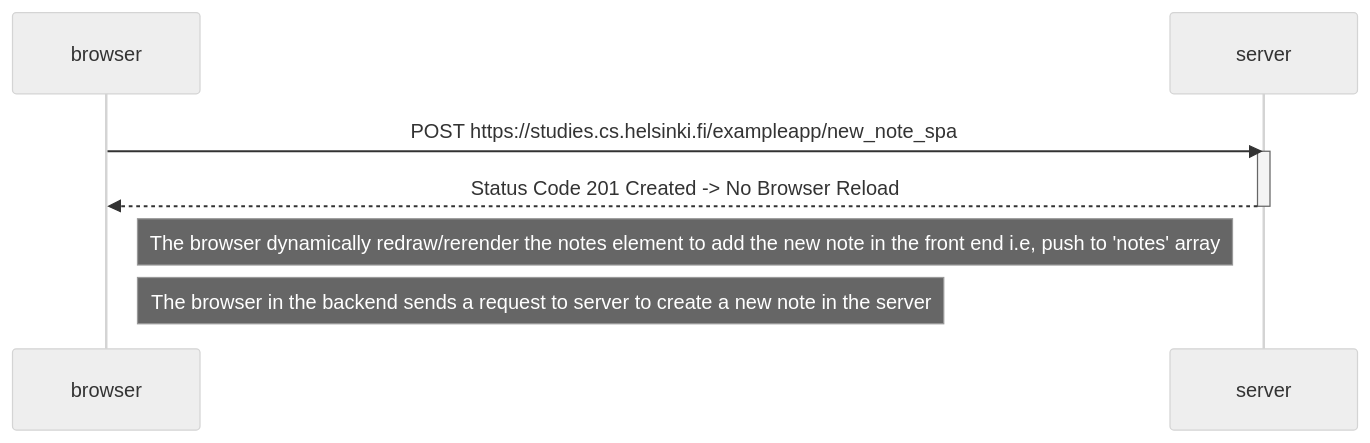
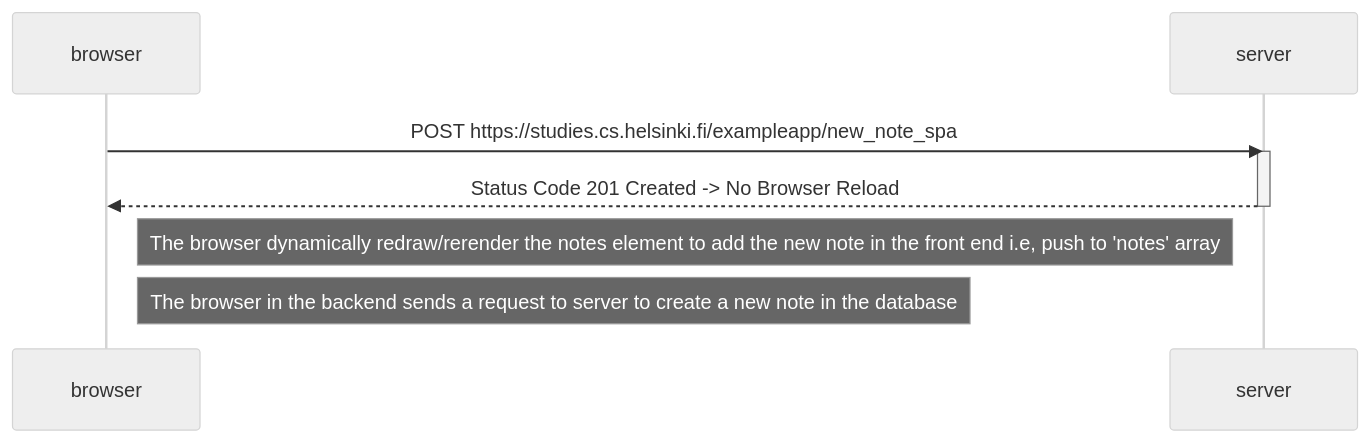
The diagram in 0.6: New note in Single page app diagram.md (gyanasaireddy/part-0), drawn with Mermaid (neutral theme) before and after one commit.

Commit message:
Update 0.6: New note in Single page app diagram.md

````diff
--- a/0.6: New note in Single page app diagram.md
+++ b/0.6: New note in Single page app diagram.md
@@ -1,15 +1,15 @@
 ```mermaid
 sequenceDiagram
     participant browser
     participant server
 
     browser->>server: POST https://studies.cs.helsinki.fi/exampleapp/new_note_spa
     activate server
     server-->>browser: Status Code 201 Created -> No Browser Reload
     deactivate server
 
 
     Note right of browser: The browser dynamically redraw/rerender the notes element to add the new note in the front end i.e, push to 'notes' array
-    Note right of browser: The browser in the backend sends a request to server to create a new note in the server
+    Note right of browser: The browser in the backend sends a request to server to create a new note in the database
 
 ```
````
